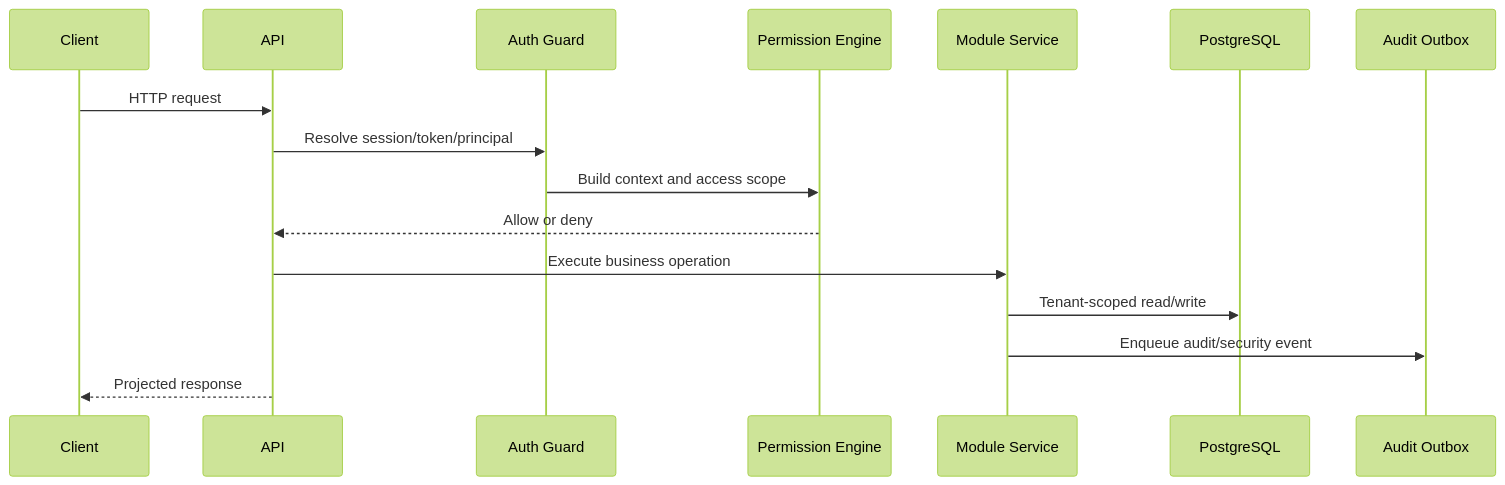
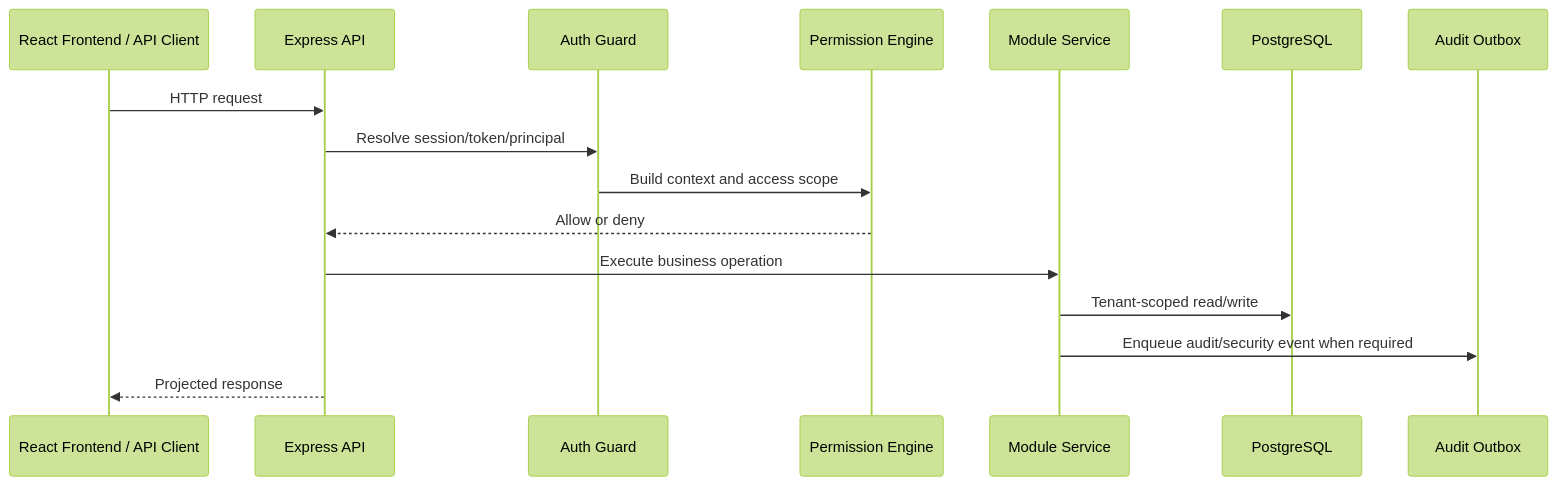
One commit to Mehmet-Aytac/enterprise-backend-foundation-case-study changed the second of 2 diagrams in docs/architecture-overview.md. Above: the diagram before and after it, drawn with Mermaid (forest theme). The commit also changed other lines of this file, not shown here.

Commit message:
docs: clarify backend architecture within full-stack project

````diff
--- a/docs/architecture-overview.md
+++ b/docs/architecture-overview.md
@@ -133,19 +137,19 @@
 ```mermaid
 sequenceDiagram
-    participant C as Client
-    participant A as API
+    participant F as React Frontend / API Client
+    participant A as Express API
     participant Auth as Auth Guard
     participant P as Permission Engine
     participant M as Module Service
     participant DB as PostgreSQL
     participant O as Audit Outbox
 
-    C->>A: HTTP request
+    F->>A: HTTP request
     A->>Auth: Resolve session/token/principal
     Auth->>P: Build context and access scope
     P-->>A: Allow or deny
     A->>M: Execute business operation
     M->>DB: Tenant-scoped read/write
-    M->>O: Enqueue audit/security event
-    A-->>C: Projected response
+    M->>O: Enqueue audit/security event when required
+    A-->>F: Projected response
 ```
````
